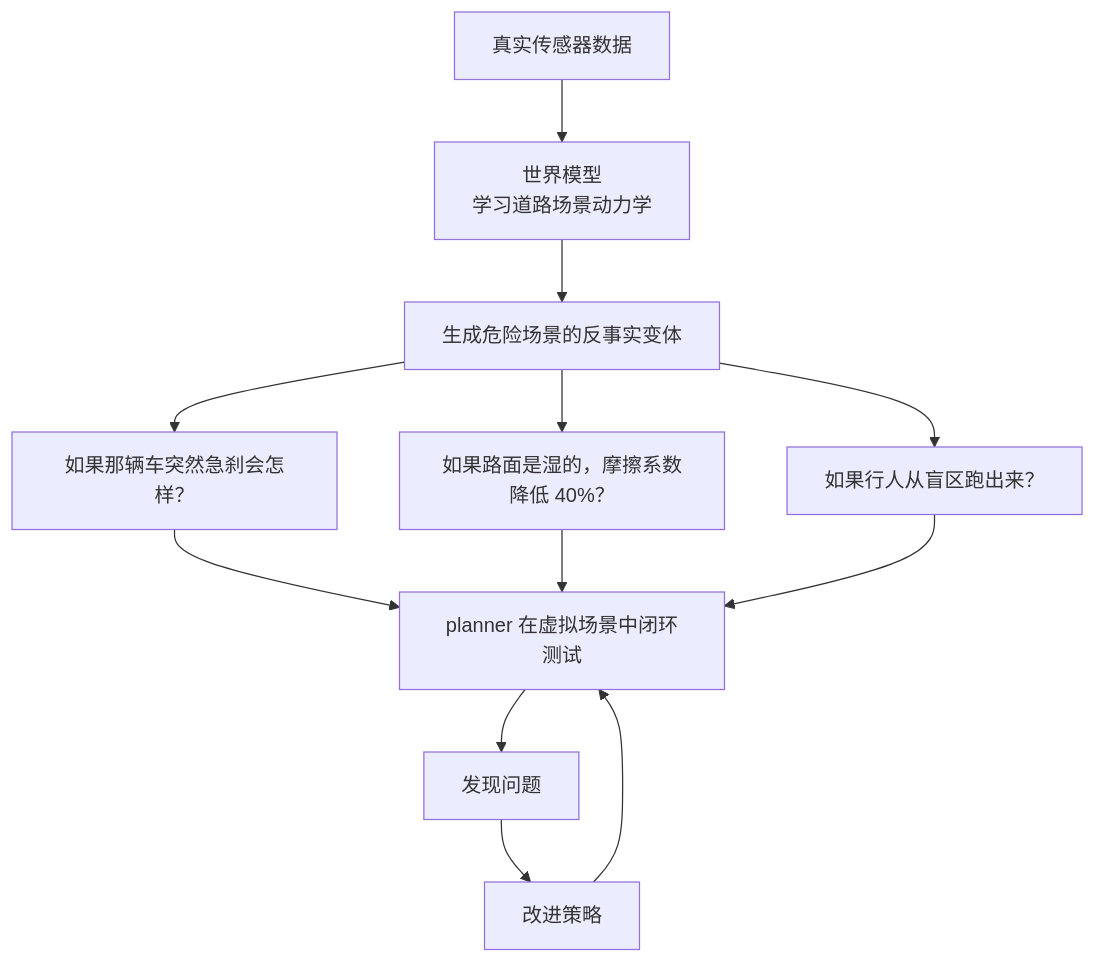
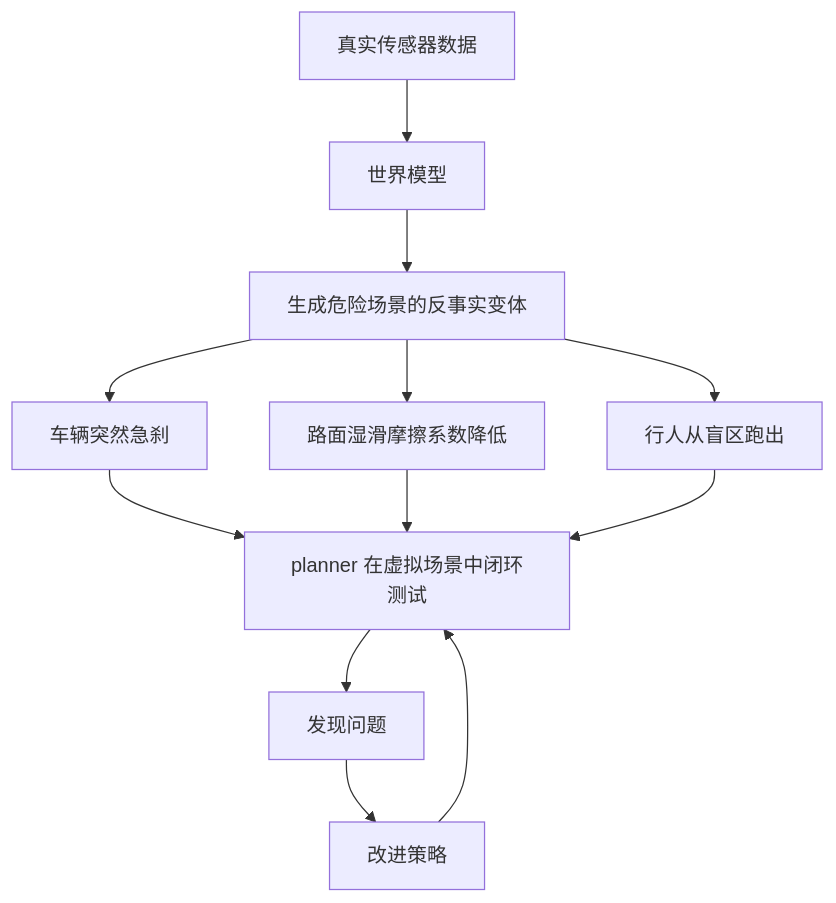
The second of 3 diagrams in docs/zh/lectures/lecture-01-internal-simulation/03-why-now.md (zhimin-z/learn-world-model), drawn with Mermaid before and after one commit. The commit also changed other lines of this file and 9 other files, not shown here.

````diff
--- a/docs/zh/lectures/lecture-01-internal-simulation/03-why-now.md
+++ b/docs/zh/lectures/lecture-01-internal-simulation/03-why-now.md
@@ -75,12 +75,12 @@
 ```mermaid
 flowchart TD
-    A[真实传感器数据] --> B[世界模型\n学习道路场景动力学]
+    A[真实传感器数据] --> B[世界模型]
     B --> C[生成危险场景的反事实变体]
-    C --> D["如果那辆车突然急刹会怎样？"]
-    C --> E["如果路面是湿的，摩擦系数降低 40%？"]
-    C --> F["如果行人从盲区跑出来？"]
+    C --> D[车辆突然急刹]
+    C --> E[路面湿滑摩擦系数降低]
+    C --> F[行人从盲区跑出]
     D & E & F --> G[planner 在虚拟场景中闭环测试]
     G --> H1[发现问题]
     H1 --> H2[改进策略]
     H2 --> G
 ```
````
